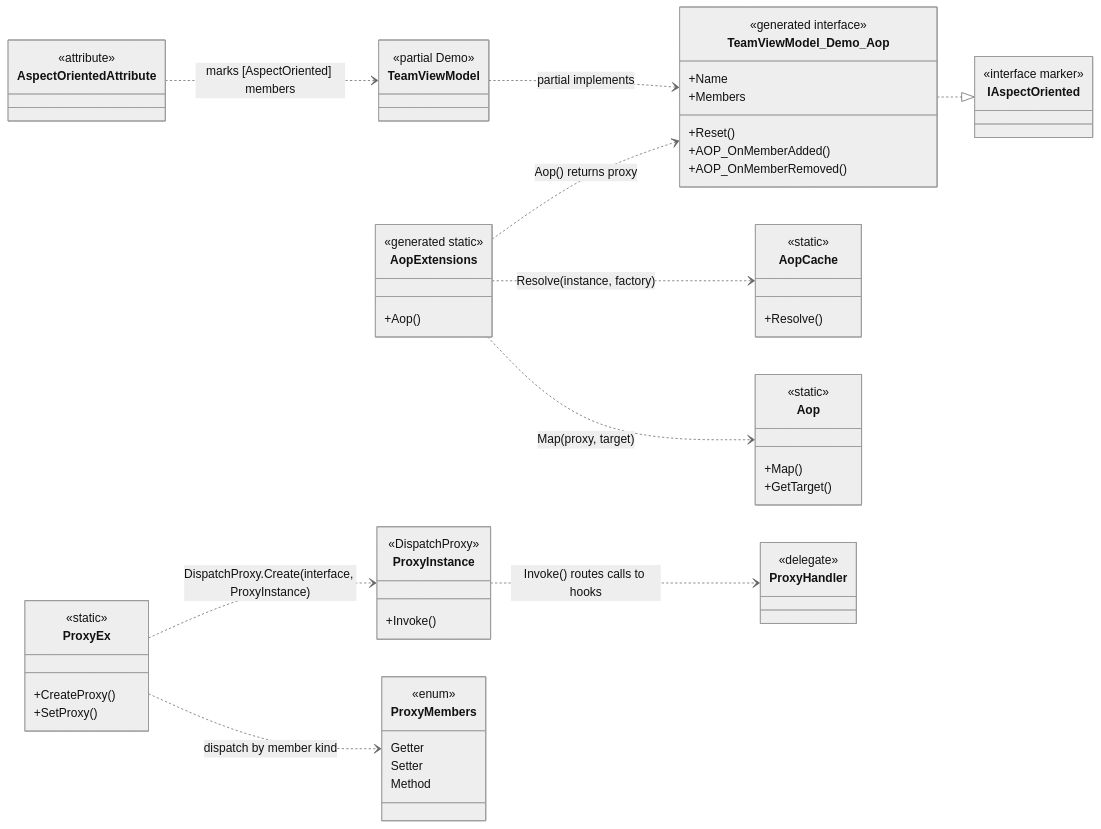
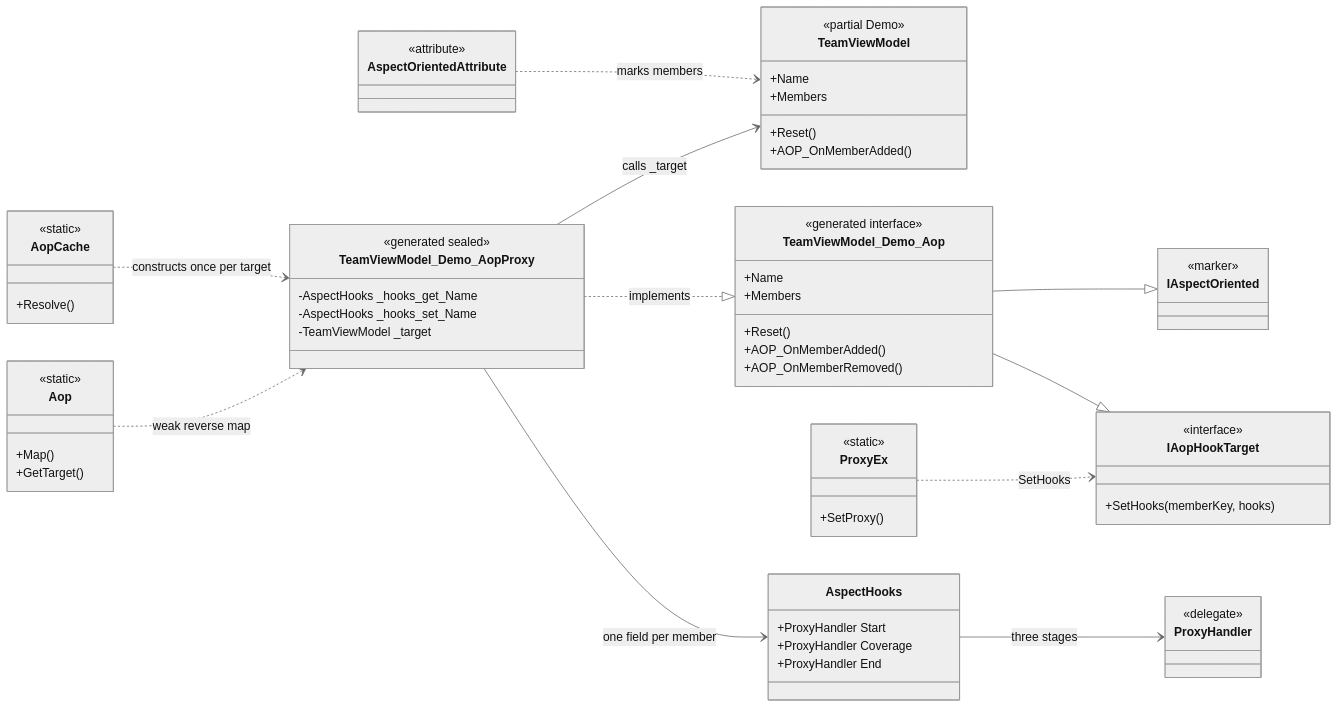
One commit to Axvser/VeloxDev.Docs changed the diagram in src/CloudGlyph/Assets/Docs/content/en/3_SE_Analysis/02_design-patterns/05_aop/index.md. Above: the diagram before and after it, drawn with Mermaid (neutral theme). The commit also changed other lines of this file and 616 other files, not shown here.

````diff
--- a/src/CloudGlyph/Assets/Docs/content/en/3_SE_Analysis/02_design-patterns/05_aop/index.md
+++ b/src/CloudGlyph/Assets/Docs/content/en/3_SE_Analysis/02_design-patterns/05_aop/index.md
@@ -16,62 +12,67 @@
 ```mermaid
 classDiagram
     direction LR
     class AspectOrientedAttribute {
         <<attribute>>
     }
     class TeamViewModel {
         <<partial Demo>>
+        +Name
+        +Members
+        +Reset()
+        +AOP_OnMemberAdded()
     }
     class TeamViewModel_Demo_Aop {
         <<generated interface>>
         +Name
         +Members
         +Reset()
         +AOP_OnMemberAdded()
         +AOP_OnMemberRemoved()
     }
-    class AopExtensions {
-        <<generated static>>
-        +Aop()
+    class IAspectOriented {
+        <<marker>>
     }
-    class IAspectOriented {
-        <<interface marker>>
+    class IAopHookTarget {
+        <<interface>>
+        +SetHooks(memberKey, hooks)
     }
-    class ProxyMembers {
-        <<enum>>
-        Getter
-        Setter
-        Method
+    class TeamViewModel_Demo_AopProxy {
+        <<generated sealed>>
+        -AspectHooks _hooks_get_Name
+        -AspectHooks _hooks_set_Name
+        -TeamViewModel _target
+    }
+    class AspectHooks {
+        +ProxyHandler Start
+        +ProxyHandler Coverage
+        +ProxyHandler End
     }
     class ProxyHandler {
         <<delegate>>
     }
     class ProxyEx {
         <<static>>
-        +CreateProxy()
         +SetProxy()
-    }
-    class ProxyInstance {
-        <<DispatchProxy>>
-        +Invoke()
     }
     class AopCache {
         <<static>>
         +Resolve()
     }
     class Aop {
         <<static>>
         +Map()
         +GetTarget()
     }
 
-    AspectOrientedAttribute ..> TeamViewModel : marks [AspectOriented] members
-    TeamViewModel ..> TeamViewModel_Demo_Aop : partial implements
-    TeamViewModel_Demo_Aop ..|> IAspectOriented
-    AopExtensions ..> TeamViewModel_Demo_Aop : Aop() returns proxy
-    AopExtensions ..> AopCache : Resolve(instance, factory)
-    AopExtensions ..> Aop : Map(proxy, target)
-    ProxyEx ..> ProxyInstance : DispatchProxy.Create(interface, ProxyInstance)
-    ProxyInstance ..> ProxyHandler : Invoke() routes calls to hooks
-    ProxyEx ..> ProxyMembers : dispatch by member kind
+    AspectOrientedAttribute ..> TeamViewModel : marks members
+    TeamViewModel_Demo_AopProxy ..|> TeamViewModel_Demo_Aop : implements
+    TeamViewModel_Demo_Aop --|> IAspectOriented
+    TeamViewModel_Demo_Aop --|> IAopHookTarget
+    TeamViewModel_Demo_AopProxy --> TeamViewModel : calls _target
+    TeamViewModel_Demo_AopProxy --> AspectHooks : one field per member
+    AspectHooks --> ProxyHandler : three stages
+    ProxyEx ..> IAopHookTarget : SetHooks
+    AopCache ..> TeamViewModel_Demo_AopProxy : constructs once per target
+    Aop ..> TeamViewModel_Demo_AopProxy : weak reverse map
 ```
````
